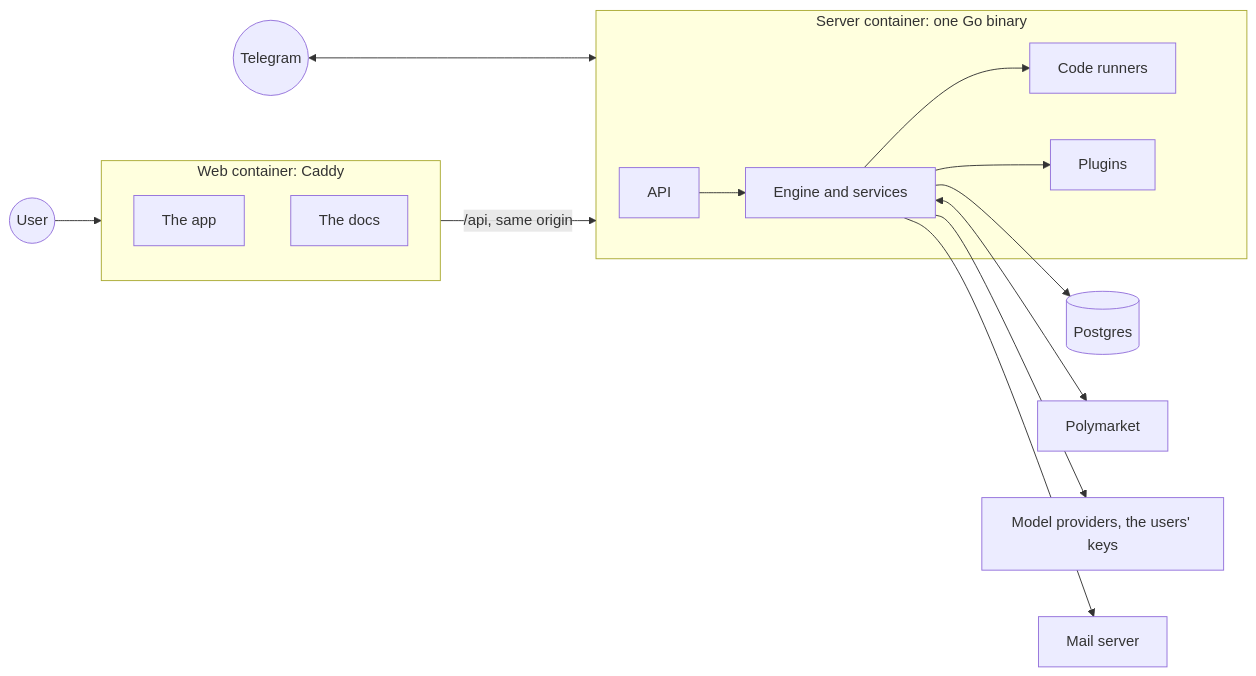
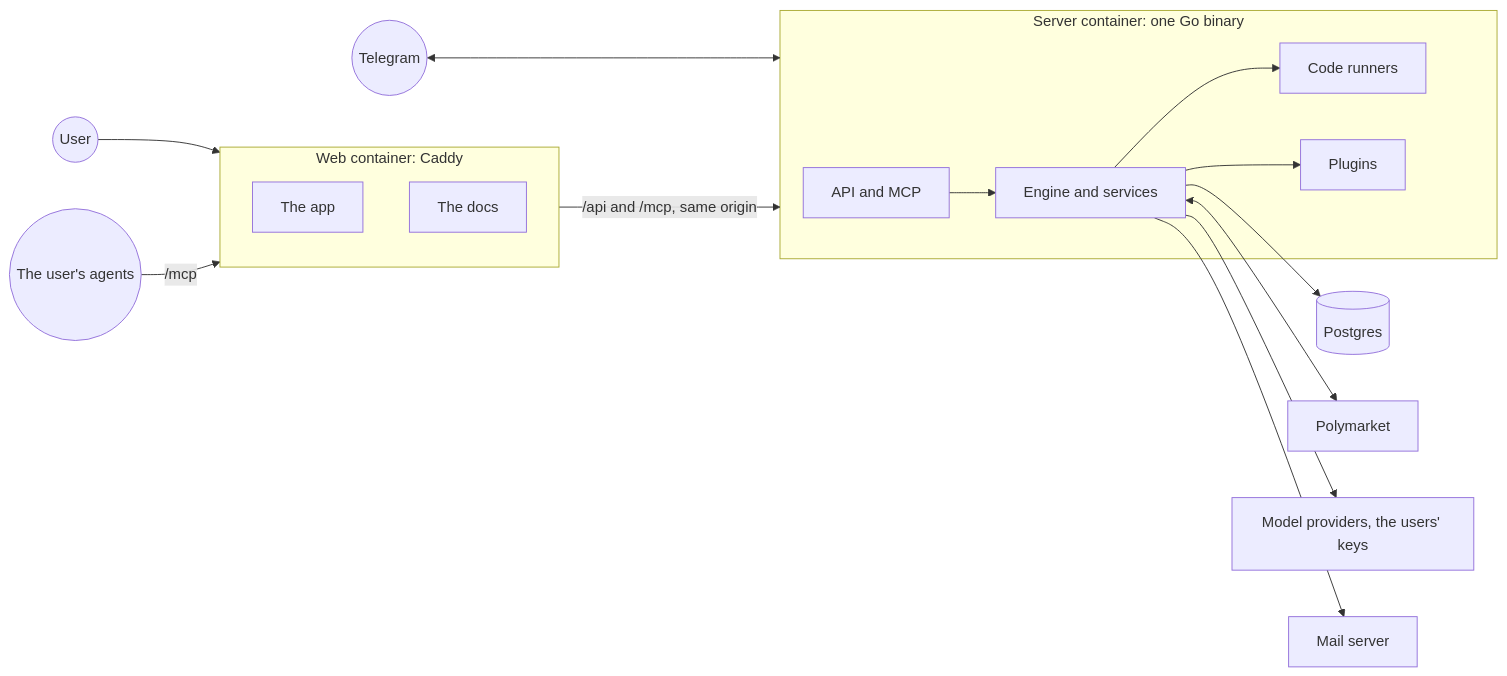
The first of 2 diagrams in docs/src/content/docs/architecture/overview.md (lein3000zzz/polythought-go), drawn with Mermaid before and after one commit. The commit also changed other lines of this file and 17 other files, not shown here.

````diff
--- a/docs/src/content/docs/architecture/overview.md
+++ b/docs/src/content/docs/architecture/overview.md
@@ -14,18 +14,19 @@
 ```mermaid
 flowchart LR
   user((User)) --> web
+  agent((The user's agents)) -- "/mcp" --> web
   tg((Telegram)) <--> server
   subgraph web [Web container: Caddy]
     app[The app] & docs[The docs]
   end
-  web -- "/api, same origin" --> server
+  web -- "/api and /mcp, same origin" --> server
   subgraph server [Server container: one Go binary]
-    api[API] --> core[Engine and services]
+    api[API and MCP] --> core[Engine and services]
     core --> runners[Code runners]
     core --> plugins[Plugins]
   end
   core --> db[(Postgres)]
   core <--> pm[Polymarket]
   core --> llm[Model providers, the users' keys]
   core --> mail[Mail server]
 ```
````
